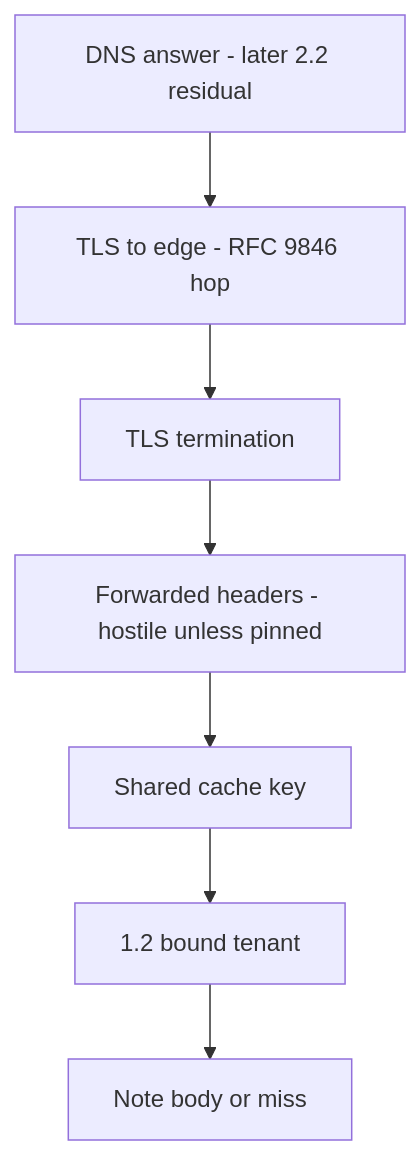
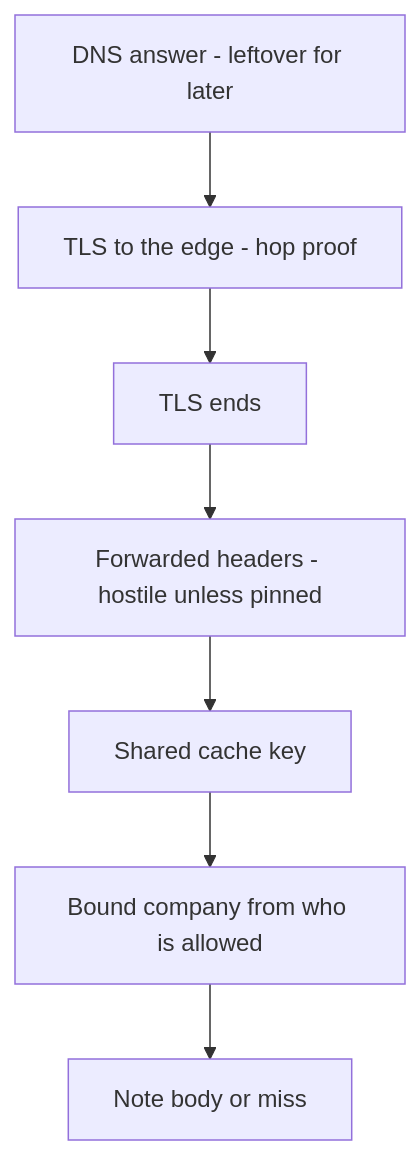
One commit to ishitvagoel/LearnSecurity changed the diagram in content/modules/2/2.2/lessons/02-model.md. Above: the diagram before and after it, drawn with Mermaid. The commit also changed other lines of this file and 7 other files, not shown here.

````diff
--- a/content/modules/2/2.2/lessons/02-model.md
+++ b/content/modules/2/2.2/lessons/02-model.md
@@ -15,9 +14,9 @@
 ```mermaid
 flowchart TD
-  DNS["DNS answer - later 2.2 residual"] --> TLS["TLS to edge - RFC 9846 hop"]
-  TLS --> Term[TLS termination]
+  DNS["DNS answer - leftover for later"] --> TLS["TLS to the edge - hop proof"]
+  TLS --> Term[TLS ends]
   Term --> Fwd["Forwarded headers - hostile unless pinned"]
   Fwd --> Cache["Shared cache key"]
-  Cache --> Policy["1.2 bound tenant"]
+  Cache --> Policy["Bound company from who is allowed"]
   Policy --> Body[Note body or miss]
 ```
````
